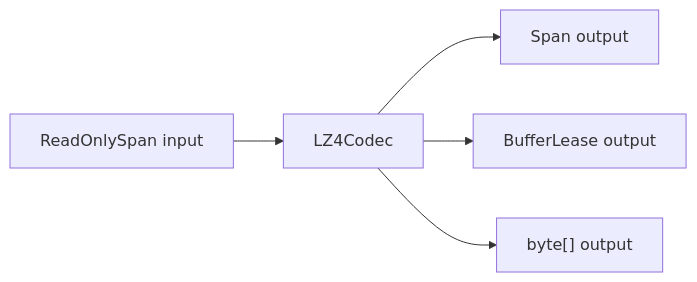
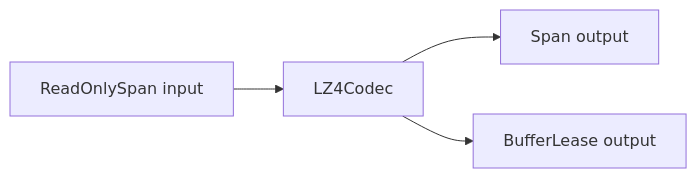
One commit to ppn-systems/nalix-docs changed the diagram in docs/api/framework/memory/lz4.md. Above: the diagram before and after it, drawn with Mermaid. The commit also changed other lines of this file and 30 other files, not shown here.

````diff
--- a/docs/api/framework/memory/lz4.md
+++ b/docs/api/framework/memory/lz4.md
@@ -29,7 +28,6 @@
 ```mermaid
 flowchart LR
     A["ReadOnlySpan<byte> input"] --> B["LZ4Codec"]
     B --> C["Span<byte> output"]
     B --> D["BufferLease output"]
-    B --> E["byte[] output"]
 ```
````
